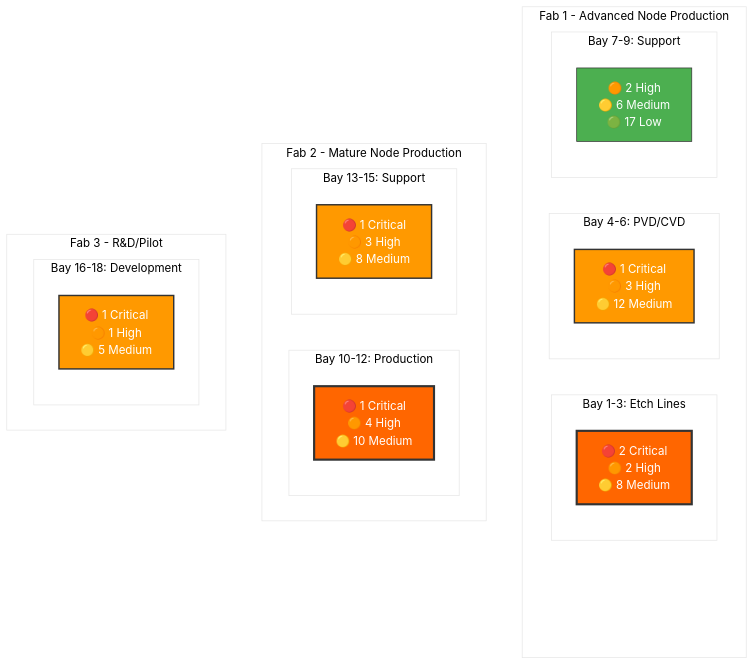
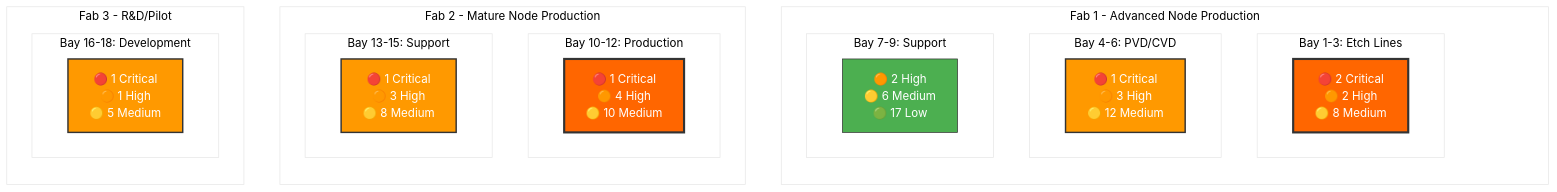
One commit to StephanieHepp/Risk-Assessment changed the third of 10 diagrams in scaled_vacuum_report_200.md. Above: the diagram before and after it, drawn with Mermaid.

````diff
--- a/scaled_vacuum_report_200.md
+++ b/scaled_vacuum_report_200.md
@@ -40,44 +40,48 @@
 ```mermaid
 %%{init: {'theme':'base', 'themeVariables': {'primaryColor':'#fff', 'secondaryColor':'#000'}}}%%
 graph TB
     subgraph "Fab 1 - Advanced Node Production"
-    spacer["<br/><br/>"]:::invisible
-        subgraph "Bay 1-3: Etch Lines" 
-            F1B1["🔴 2 Critical<br/>🟠 2 High<br/>🟡 8 Medium"]
-        end
-        subgraph "Bay 4-6: PVD/CVD"
-            F1B2["🔴 1 Critical<br/>🟠 3 High<br/>🟡 12 Medium"]
-        end
-        subgraph "Bay 7-9: Support" 
-            F1B3["🟠 2 High<br/>🟡 6 Medium<br/>🟢 17 Low"]
-        end
+        direction TB
+        spacer["<br/><br/>"]:::invisible
+            subgraph "Bay 1-3: Etch Lines" 
+                F1B1["🔴 2 Critical<br/>🟠 2 High<br/>🟡 8 Medium"]
+            end
+            subgraph "Bay 4-6: PVD/CVD"
+                F1B2["🔴 1 Critical<br/>🟠 3 High<br/>🟡 12 Medium"]
+            end
+            subgraph "Bay 7-9: Support" 
+                F1B3["🟠 2 High<br/>🟡 6 Medium<br/>🟢 17 Low"]
+            end
     end
     
     subgraph "Fab 2 - Mature Node Production"
-    spacer["<br/><br/>"]:::invisible
-        subgraph "Bay 10-12: Production"
-            F2B1["🔴 1 Critical<br/>🟠 4 High<br/>🟡 10 Medium"]
-        end
-        subgraph "Bay 13-15: Support"
-            F2B2["🔴 1 Critical<br/>🟠 3 High<br/>🟡 8 Medium"]
-        end
+        direction TB
+        spacer["<br/><br/>"]:::invisible
+            subgraph "Bay 10-12: Production"
+                F2B1["🔴 1 Critical<br/>🟠 4 High<br/>🟡 10 Medium"]
+            end
+            subgraph "Bay 13-15: Support"
+                F2B2["🔴 1 Critical<br/>🟠 3 High<br/>🟡 8 Medium"]
+            end
     end
     
     subgraph "Fab 3 - R&D/Pilot"
-    spacer["<br/><br/>"]:::invisible
-        subgraph "Bay 16-18: Development"
-            F3B1["🔴 1 Critical<br/>🟠 1 High<br/>🟡 5 Medium"]
-        end
+        direction TB
+        spacer["<br/><br/>"]:::invisible
+            subgraph "Bay 16-18: Development"
+                F3B1["🔴 1 Critical<br/>🟠 1 High<br/>🟡 5 Medium"]
+            end
     end
-    
+
+    classDef invisible fill:none,stroke:none,stroke-width:0px
     classDef critical fill:#ff6600,stroke:#333,stroke-width:3px,color:#fff
     classDef high fill:#ff9900,stroke:#333,stroke-width:2px,color:#fff
     classDef medium fill:#ffcc00,stroke:#333,stroke-width:2px,color:#000
     classDef lowrisk fill:#4CAF50,stroke:#333,stroke-width:1px,color:#fff
-    classDef invisible fill:none,stroke:none,stroke-width:0px
+    
 
     
     class F1B1,F2B1 critical
     class F1B2,F2B2,F3B1 high
     class F1B3 lowrisk
 ```
````
